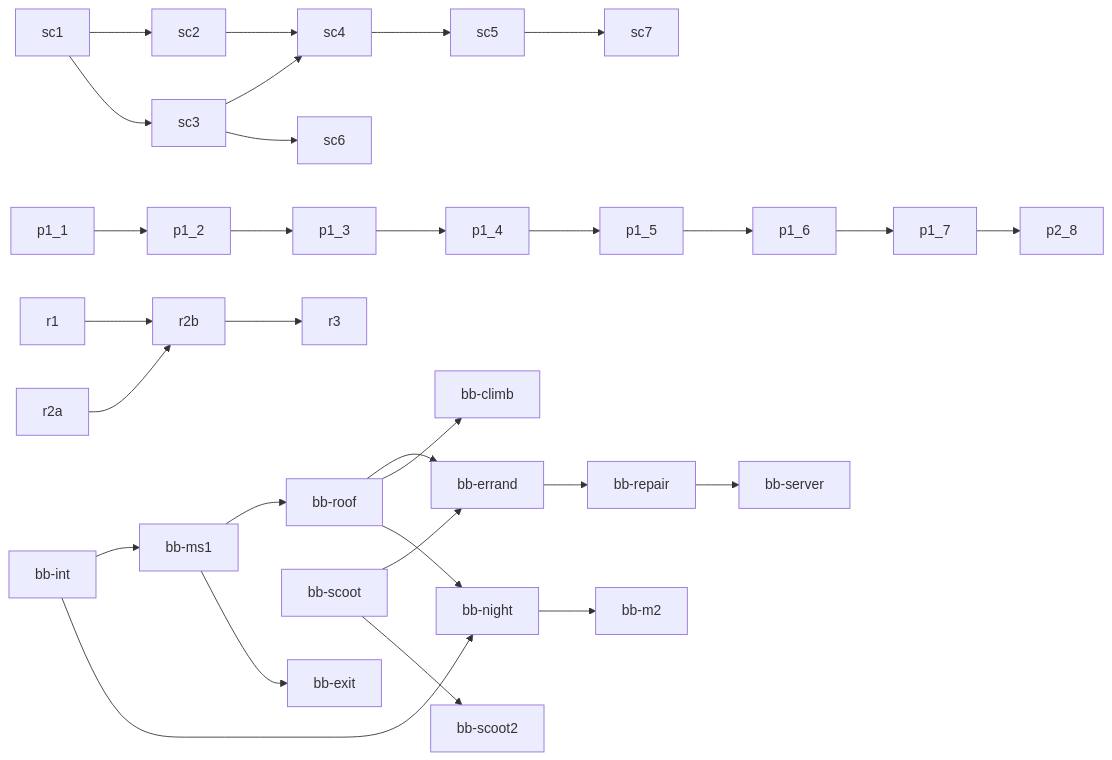
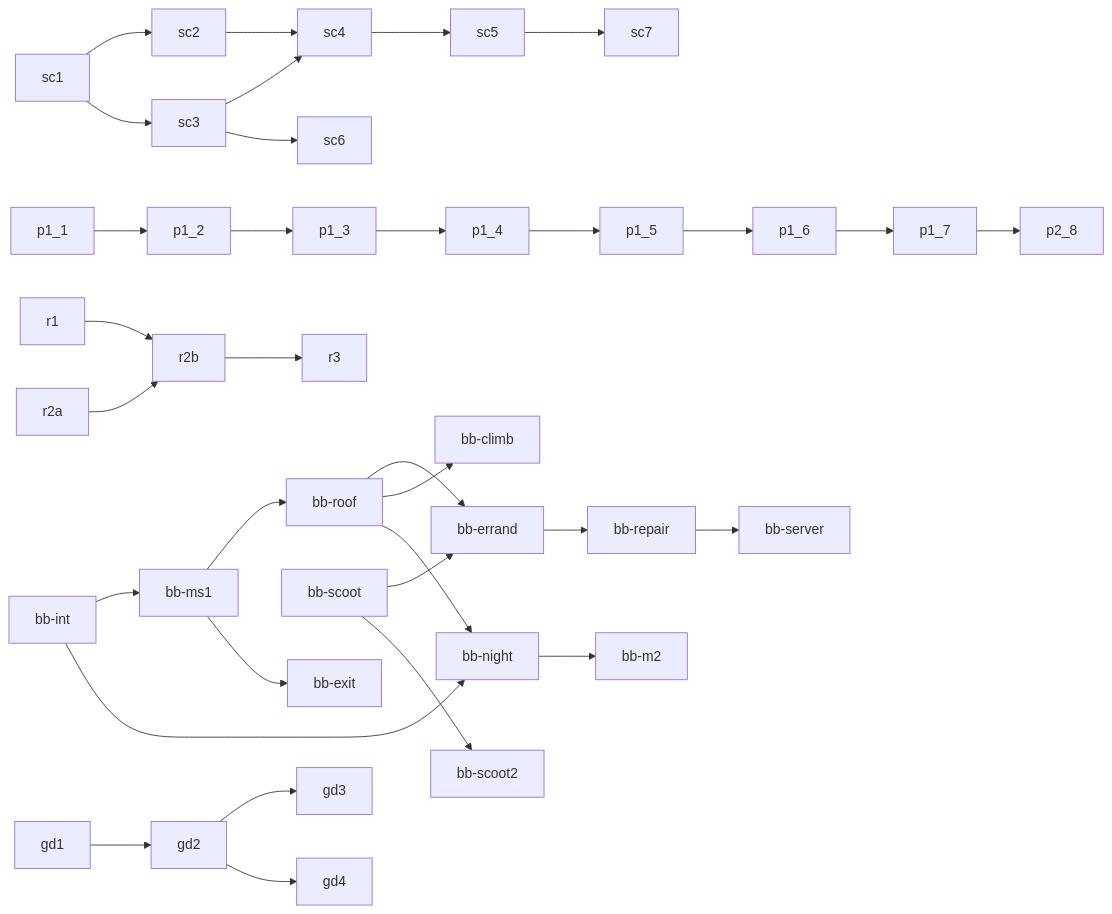
One commit to Cal-Starfur/Tipsy changed the diagram in build_queue.md. Above: the diagram before and after it, drawn with Mermaid. The commit also changed other lines of this file and 3 other files, not shown here.

````diff
--- a/build_queue.md
+++ b/build_queue.md
@@ -7,32 +7,35 @@
 ```mermaid
 graph LR
   sc1 --> sc2
   sc1 --> sc3
   sc2 --> sc4
   sc3 --> sc4
   sc4 --> sc5
   sc3 --> sc6
   sc5 --> sc7
   p1_1 --> p1_2
   p1_2 --> p1_3
   p1_3 --> p1_4
   p1_4 --> p1_5
   p1_5 --> p1_6
   p1_6 --> p1_7
   p1_7 --> p2_8
   r1 --> r2b
   r2a --> r2b
   r2b --> r3
   bb-int --> bb-ms1
   bb-ms1 --> bb-roof
   bb-roof --> bb-errand
   bb-scoot --> bb-errand
   bb-errand --> bb-repair
   bb-repair --> bb-server
   bb-ms1 --> bb-exit
   bb-roof --> bb-climb
   bb-scoot --> bb-scoot2
   bb-int --> bb-night
   bb-roof --> bb-night
   bb-night --> bb-m2
+  gd1 --> gd2
+  gd2 --> gd3
+  gd2 --> gd4
 ```
````
